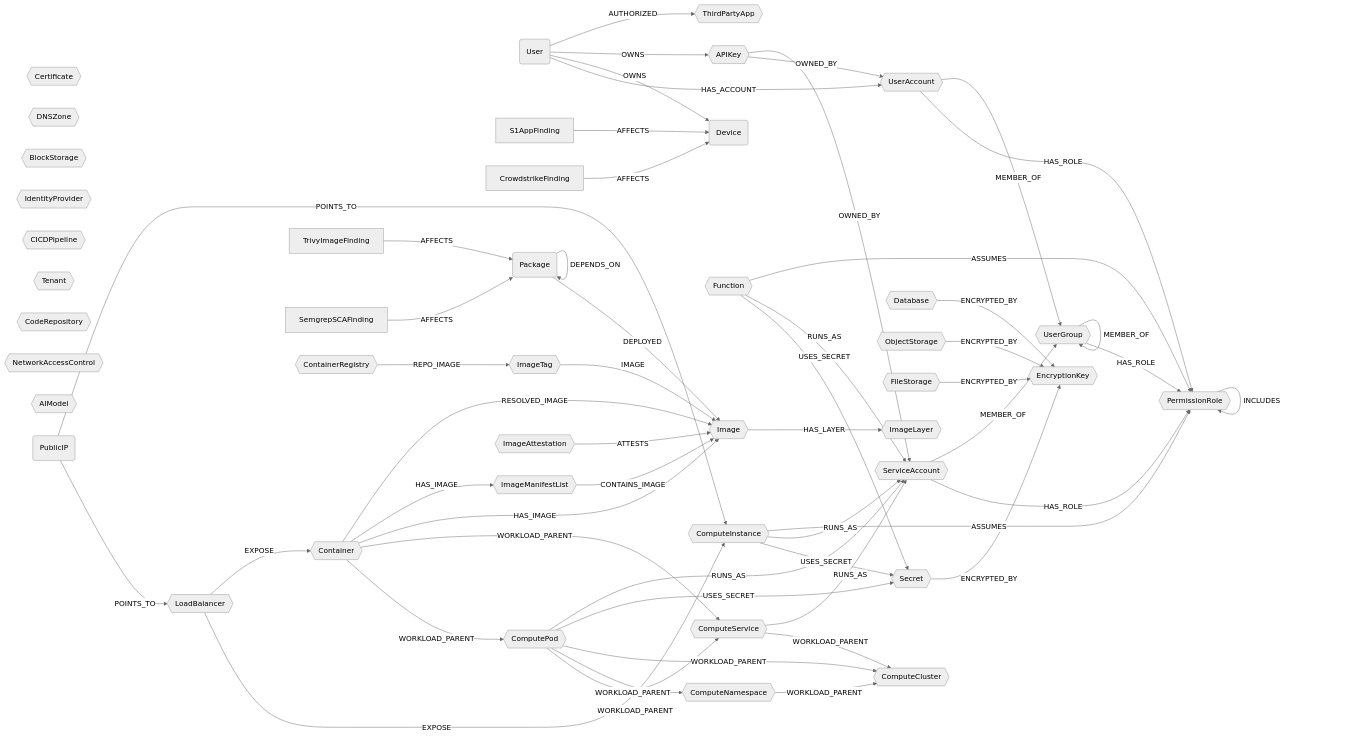
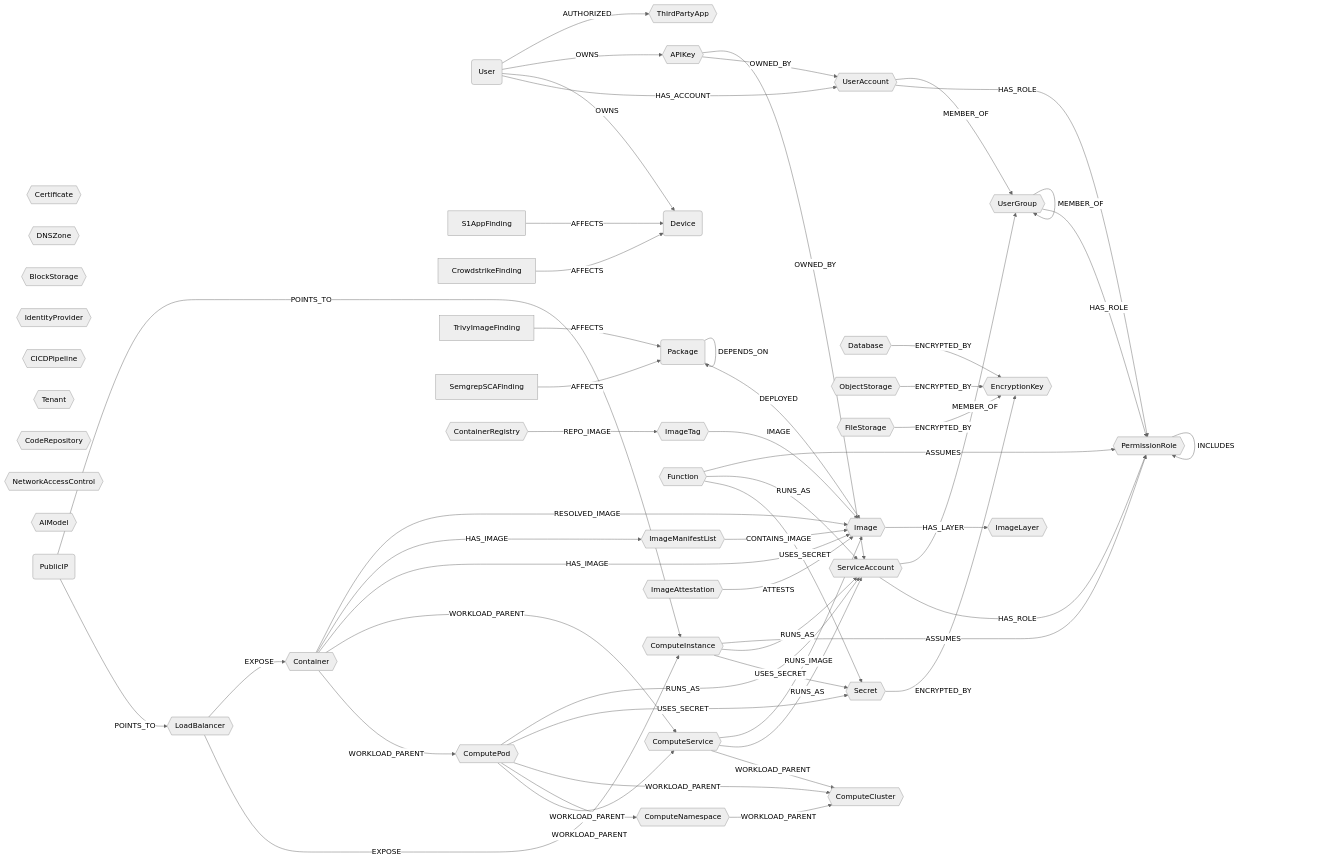
One commit to cartography-cncf/cartography changed the diagram in docs/root/modules/ontology/schema.md. Above: the diagram before and after it, drawn with Mermaid (neutral theme). The commit also changed other lines of this file and 4 other files, not shown here.

````diff
--- a/docs/root/modules/ontology/schema.md
+++ b/docs/root/modules/ontology/schema.md
@@ -6,77 +6,78 @@
 ```mermaid
 graph LR
 
 U(User) -- HAS_ACCOUNT --> UA{{UserAccount}}
 U -- OWNS --> CC(Device)
 SAF[S1AppFinding] -- AFFECTS --> CC
 CSF[CrowdstrikeFinding] -- AFFECTS --> CC
 U -- OWNS --> AK{{APIKey}}
 U -- AUTHORIZED --> OA{{ThirdPartyApp}}
 UG{{UserGroup}}
 SA{{ServiceAccount}}
 CERT{{Certificate}}
 LB{{LoadBalancer}} -- EXPOSE --> CI{{ComputeInstance}}
 LB{{LoadBalancer}} -- EXPOSE --> CT{{Container}}
 CL{{ComputeCluster}}
 CS{{ComputeService}}
 CNS{{ComputeNamespace}}
 CP{{ComputePod}}
 CT -- WORKLOAD_PARENT --> CP
 CT -- WORKLOAD_PARENT --> CS
 CP -- WORKLOAD_PARENT --> CS
 CP -- WORKLOAD_PARENT --> CNS
 CP -- WORKLOAD_PARENT --> CL
 CS -- WORKLOAD_PARENT --> CL
 CNS -- WORKLOAD_PARENT --> CL
 DB{{Database}}
 DZ{{DNSZone}}
 OS{{ObjectStorage}}
 FS{{FileStorage}}
 BS{{BlockStorage}}
 IDP{{IdentityProvider}}
 CICD{{CICDPipeline}}
 TN{{Tenant}}
 FN{{Function}}
 REPO{{CodeRepository}}
 SC{{Secret}}
 EK{{EncryptionKey}}
 SC -- ENCRYPTED_BY --> EK
 DB -- ENCRYPTED_BY --> EK
 OS -- ENCRYPTED_BY --> EK
 FS -- ENCRYPTED_BY --> EK
 CP -- USES_SECRET --> SC
 FN -- USES_SECRET --> SC
 CI -- USES_SECRET --> SC
 PR{{PermissionRole}}
 UA -- HAS_ROLE --> PR
 SA -- HAS_ROLE --> PR
 UG -- HAS_ROLE --> PR
 PR -- INCLUDES --> PR
 UA -- MEMBER_OF --> UG
 SA -- MEMBER_OF --> UG
 UG -- MEMBER_OF --> UG
 AK -- OWNED_BY --> UA
 AK -- OWNED_BY --> SA
 CI -- RUNS_AS --> SA
 CP -- RUNS_AS --> SA
 FN -- RUNS_AS --> SA
 CS -- RUNS_AS --> SA
 CI -- ASSUMES --> PR
 FN -- ASSUMES --> PR
 NAC{{NetworkAccessControl}}
 AIM{{AIModel}}
 PIP(PublicIP) -- POINTS_TO --> LB
 PIP -- POINTS_TO --> CI
 PKG(Package) -- DEPLOYED --> IM{{Image}}
 PKG -- DEPENDS_ON --> PKG
 F[TrivyImageFinding] -- AFFECTS --> PKG
 SCA[SemgrepSCAFinding] -- AFFECTS --> PKG
 CR{{ContainerRegistry}} -- REPO_IMAGE --> IT{{ImageTag}}
 IT -- IMAGE --> IM
 IML{{ImageManifestList}} -- CONTAINS_IMAGE --> IM
 IA{{ImageAttestation}} -- ATTESTS --> IM
 IM -- HAS_LAYER --> IL{{ImageLayer}}
 CT -- HAS_IMAGE --> IM
 CT -- HAS_IMAGE --> IML
 CT -- RESOLVED_IMAGE --> IM
+CS -- RUNS_IMAGE --> IM
 ```
````
